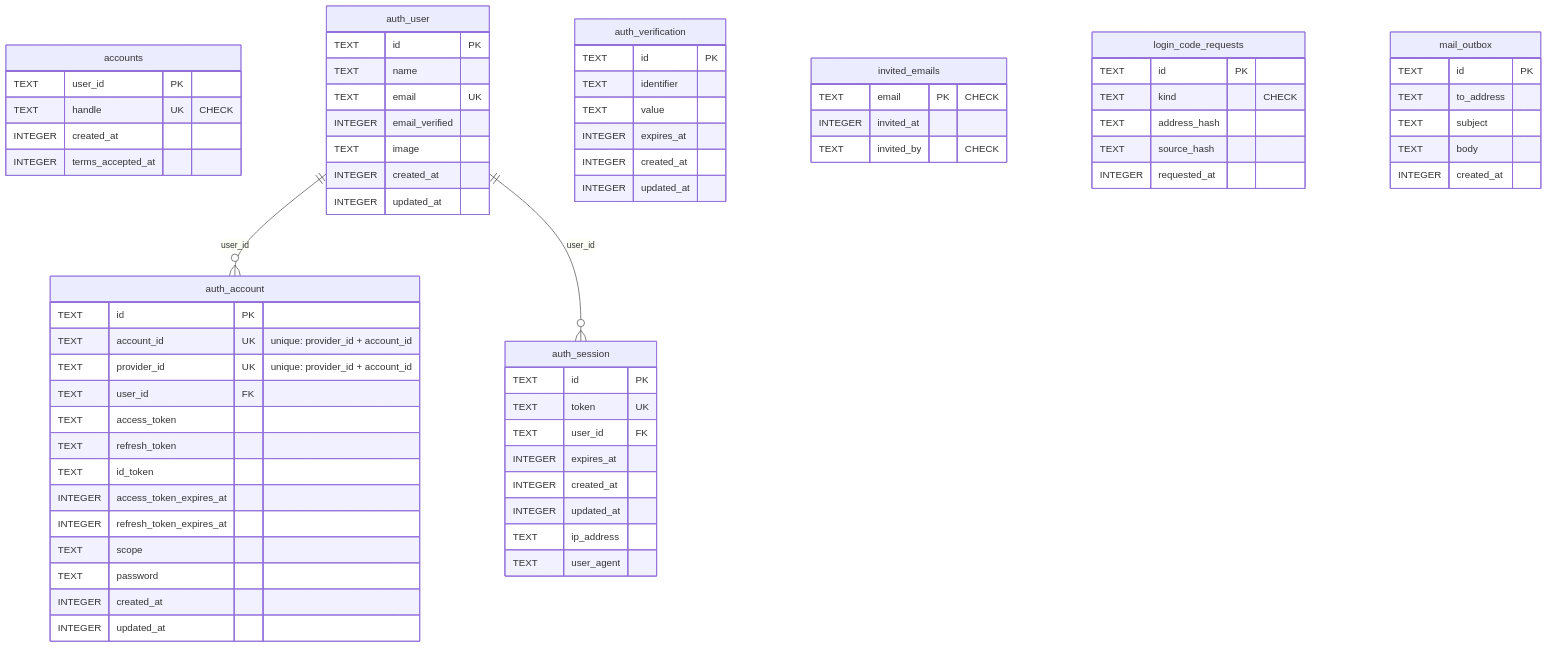
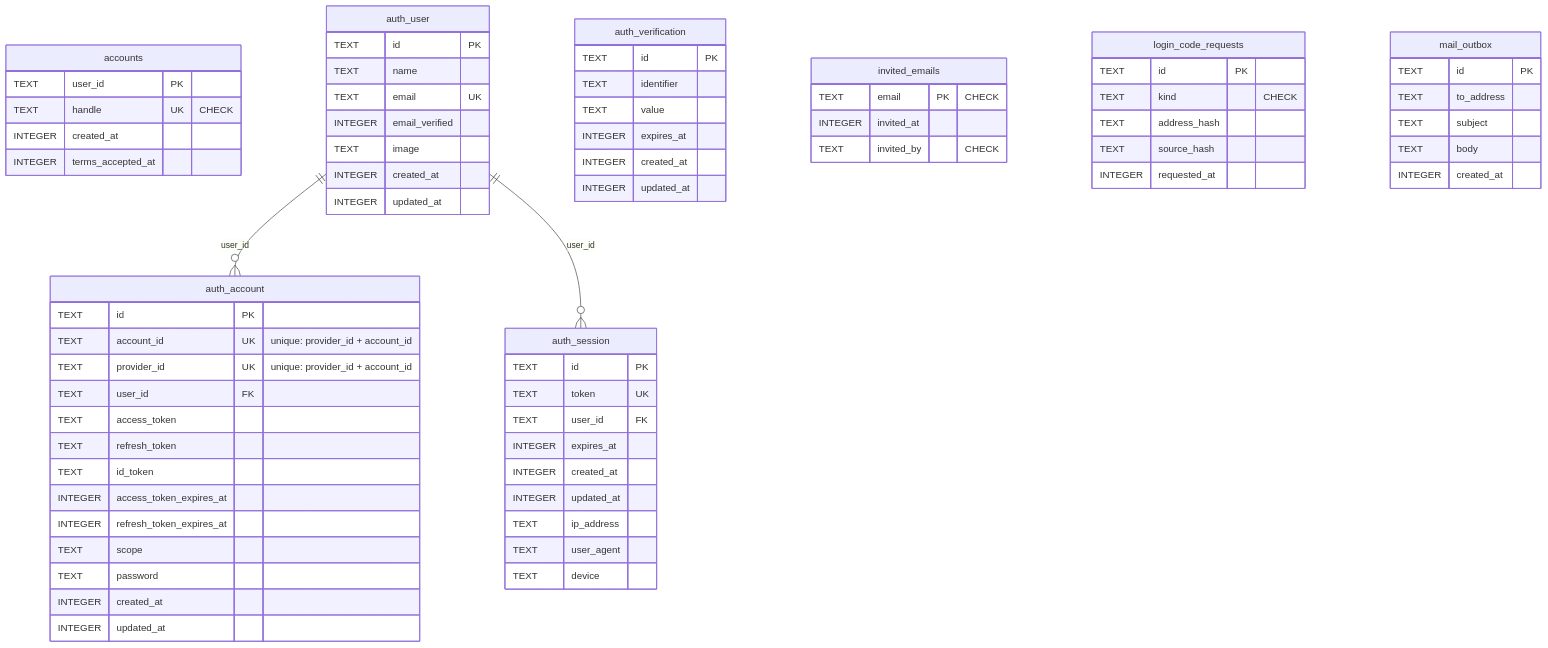
One commit to piconic-ai/slide changed the second of 8 diagrams in docs/dev/er-diagram.md. Above: the diagram before and after it, drawn with Mermaid. The commit also changed 12 other files, not shown here.

````diff
--- a/docs/dev/er-diagram.md
+++ b/docs/dev/er-diagram.md
@@ -75,72 +75,73 @@
 ```mermaid
 erDiagram
     accounts {
         TEXT user_id PK
         TEXT handle UK "CHECK"
         INTEGER created_at
         INTEGER terms_accepted_at
     }
     auth_account {
         TEXT id PK
         TEXT account_id UK "unique: provider_id + account_id"
         TEXT provider_id UK "unique: provider_id + account_id"
         TEXT user_id FK
         TEXT access_token
         TEXT refresh_token
         TEXT id_token
         INTEGER access_token_expires_at
         INTEGER refresh_token_expires_at
         TEXT scope
         TEXT password
         INTEGER created_at
         INTEGER updated_at
     }
     auth_session {
         TEXT id PK
         TEXT token UK
         TEXT user_id FK
         INTEGER expires_at
         INTEGER created_at
         INTEGER updated_at
         TEXT ip_address
         TEXT user_agent
+        TEXT device
     }
     auth_user {
         TEXT id PK
         TEXT name
         TEXT email UK
         INTEGER email_verified
         TEXT image
         INTEGER created_at
         INTEGER updated_at
     }
     auth_verification {
         TEXT id PK
         TEXT identifier
         TEXT value
         INTEGER expires_at
         INTEGER created_at
         INTEGER updated_at
     }
     invited_emails {
         TEXT email PK "CHECK"
         INTEGER invited_at
         TEXT invited_by "CHECK"
     }
     login_code_requests {
         TEXT id PK
         TEXT kind "CHECK"
         TEXT address_hash
         TEXT source_hash
         INTEGER requested_at
     }
     mail_outbox {
         TEXT id PK
         TEXT to_address
         TEXT subject
         TEXT body
         INTEGER created_at
     }
     auth_user ||--o{ auth_account : "user_id"
     auth_user ||--o{ auth_session : "user_id"
 ```
````
